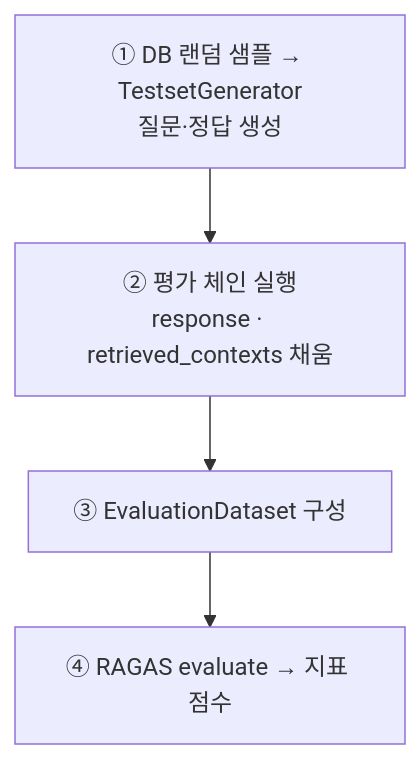
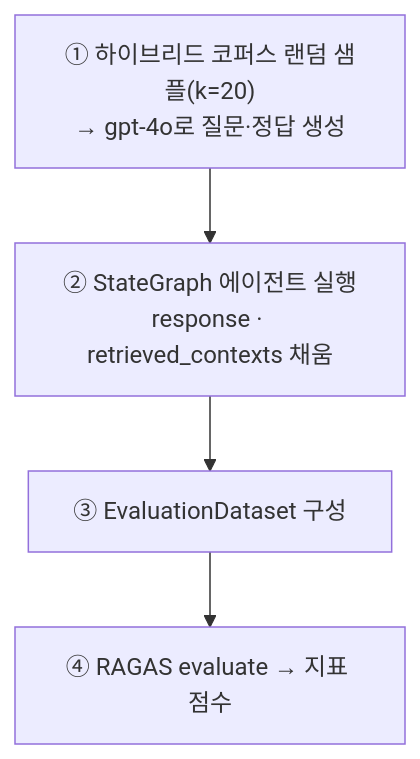
Before and after one commit to SKNETWORKS-FAMILY-AICAMP/SKN31-3rd-2Team: the second of 2 diagrams in 산출물/RAG_평가.md, drawn with Mermaid. The commit also changed other lines of this file and 4 other files, not shown here.

````diff
--- a/산출물/RAG_평가.md
+++ b/산출물/RAG_평가.md
@@ -79,6 +84,6 @@
 ```mermaid
 flowchart TD
-    S1[① DB 랜덤 샘플 → TestsetGenerator<br/>질문·정답 생성] --> S2[② 평가 체인 실행<br/>response · retrieved_contexts 채움]
-    S2 --> S3[③ EvaluationDataset 구성]
-    S3 --> S4[④ RAGAS evaluate → 지표 점수]
+    S1["① 하이브리드 코퍼스 랜덤 샘플(k=20)<br/>→ gpt-4o로 질문·정답 생성"] --> S2["② StateGraph 에이전트 실행<br/>response · retrieved_contexts 채움"]
+    S2 --> S3["③ EvaluationDataset 구성"]
+    S3 --> S4["④ RAGAS evaluate → 지표 점수"]
 ```
````
